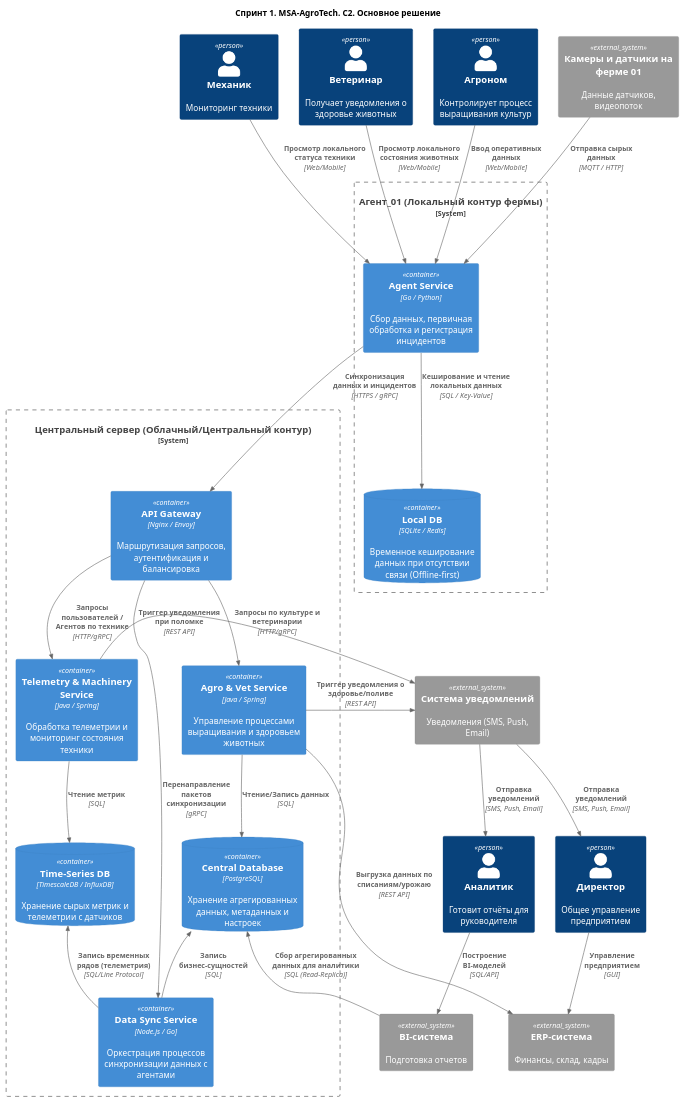
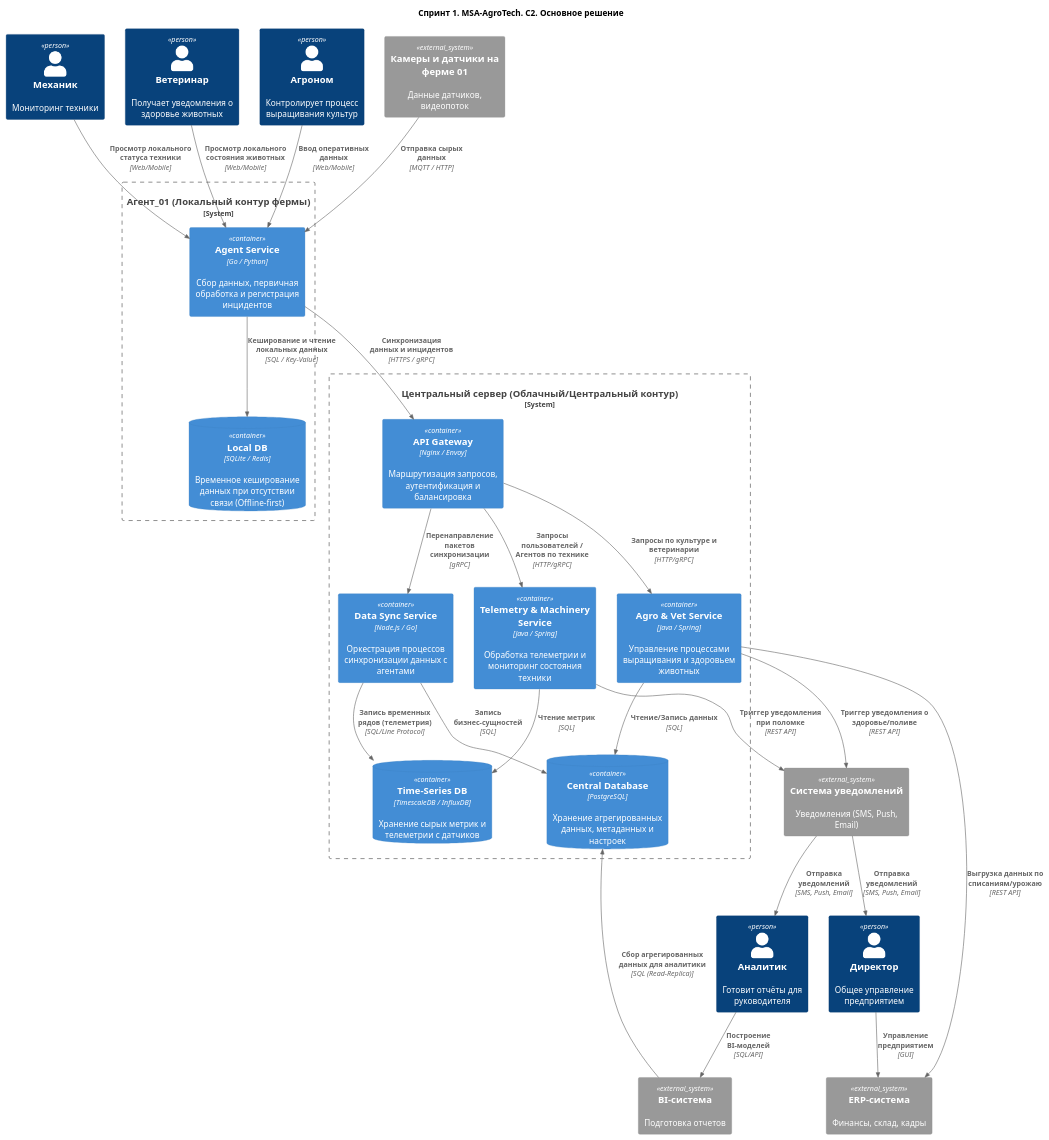
Before and after one commit to EtGr84/MSA-AgroTech: the diagram in Task2/task2_c2main.puml, drawn with PlantUML.

```diff
--- a/Task2/task2_c2main.puml
+++ b/Task2/task2_c2main.puml
@@ -1,63 +1,63 @@
 @startuml
 !include <C4/C4_Container>
 
 title Спринт 1. MSA-AgroTech. C2. Основное решение
 
 Person(mech, "Механик", "Мониторинг техники")
 Person(vet, "Ветеринар", "Получает уведомления о здоровье животных")
 Person(agro, "Агроном", "Контролирует процесс выращивания культур")
 Person(analit, "Аналитик", "Готовит отчёты для руководителя")
 Person(director, "Директор", "Общее управление предприятием")
 
 System_Ext(cameras_1, "Камеры и датчики на ферме 01", "Данные датчиков, видеопоток")
 
 System_Boundary(agent_boundary, "Агент_01 (Локальный контур фермы)") {
     Container(agent_app, "Agent Service", "Go / Python", "Сбор данных, первичная обработка и регистрация инцидентов")
     ContainerDb(agent_db, "Local DB", "SQLite / Redis", "Временное кеширование данных при отсутствии связи (Offline-first)")
 }
 
 System_Boundary(central_server_boundary, "Центральный сервер (Облачный/Центральный контур)") {
     Container(api_gateway, "API Gateway", "Nginx / Envoy", "Маршрутизация запросов, аутентификация и балансировка")
     
     Container(telemetry_service, "Telemetry & Machinery Service", "Java / Spring", "Обработка телеметрии и мониторинг состояния техники")
     Container(agro_service, "Agro & Vet Service", "Java / Spring", "Управление процессами выращивания и здоровьем животных")
     Container(sync_service, "Data Sync Service", "Node.js / Go", "Оркестрация процессов синхронизации данных с агентами")
     
     ContainerDb(central_db, "Central Database", "PostgreSQL", "Хранение агрегированных данных, метаданных и настроек")
     ContainerDb(tsdb, "Time-Series DB", "TimescaleDB / InfluxDB", "Хранение сырых метрик и телеметрии с датчиков")
 }
 
 System_Ext(notify, "Система уведомлений", "Уведомления (SMS, Push, Email)")
 System_Ext(erp, "ERP-система", "Финансы, склад, кадры")
 System_Ext(bi, "BI-система", "Подготовка отчетов")
 
 
 Rel(cameras_1, agent_app, "Отправка сырых данных", "MQTT / HTTP")
 Rel_D(agent_app, agent_db, "Кеширование и чтение локальных данных", "SQL / Key-Value")
 
 Rel(mech, agent_app, "Просмотр локального статуса техники", "Web/Mobile")
 Rel(vet, agent_app, "Просмотр локального состояния животных", "Web/Mobile")
 Rel(agro, agent_app, "Ввод оперативных данных", "Web/Mobile")
 
-Rel_D(agent_app, api_gateway, "Синхронизация данных и инцидентов", "HTTPS / gRPC")
+Rel(agent_app, api_gateway, "Синхронизация данных и инцидентов", "HTTPS / gRPC")
 
-Rel_D(api_gateway, sync_service, "Перенаправление пакетов синхронизации", "gRPC")
-Rel_D(api_gateway, telemetry_service, "Запросы пользователей / Агентов по технике", "HTTP/gRPC")
-Rel_D(api_gateway, agro_service, "Запросы по культуре и ветеринарии", "HTTP/gRPC")
+Rel(api_gateway, sync_service, "Перенаправление пакетов синхронизации", "gRPC")
+Rel(api_gateway, telemetry_service, "Запросы пользователей / Агентов по технике", "HTTP/gRPC")
+Rel(api_gateway, agro_service, "Запросы по культуре и ветеринарии", "HTTP/gRPC")
 
-Rel_U(sync_service, central_db, "Запись бизнес-сущностей", "SQL")
-Rel_U(sync_service, tsdb, "Запись временных рядов (телеметрия)", "SQL/Line Protocol")
-Rel_D(telemetry_service, tsdb, "Чтение метрик", "SQL")
-Rel_D(agro_service, central_db, "Чтение/Запись данных", "SQL")
+Rel(sync_service, central_db, "Запись бизнес-сущностей", "SQL")
+Rel(sync_service, tsdb, "Запись временных рядов (телеметрия)", "SQL/Line Protocol")
+Rel(telemetry_service, tsdb, "Чтение метрик", "SQL")
+Rel(agro_service, central_db, "Чтение/Запись данных", "SQL")
 
-Rel_R(telemetry_service, notify, "Триггер уведомления при поломке", "REST API")
-Rel_R(agro_service, notify, "Триггер уведомления о здоровье/поливе", "REST API")
-Rel_D(agro_service, erp, "Выгрузка данных по списаниям/урожаю", "REST API")
+Rel(telemetry_service, notify, "Триггер уведомления при поломке", "REST API")
+Rel(agro_service, notify, "Триггер уведомления о здоровье/поливе", "REST API")
+Rel(agro_service, erp, "Выгрузка данных по списаниям/урожаю", "REST API")
 
 Rel(notify, director, "Отправка уведомлений", "SMS, Push, Email")
 Rel(notify, analit, "Отправка уведомлений", "SMS, Push, Email")
 Rel(director, erp, "Управление предприятием", "GUI")
 Rel(analit, bi, "Построение BI-моделей", "SQL/API")
 Rel_L(bi, central_db, "Сбор агрегированных данных для аналитики", "SQL (Read-Replica)")
 
 @enduml
```
